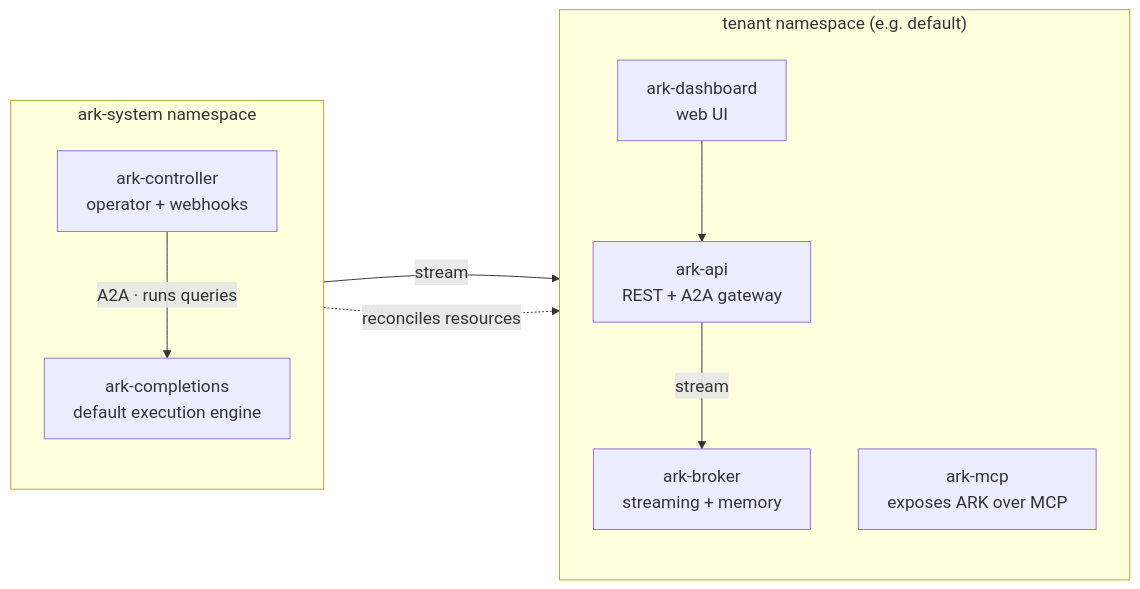
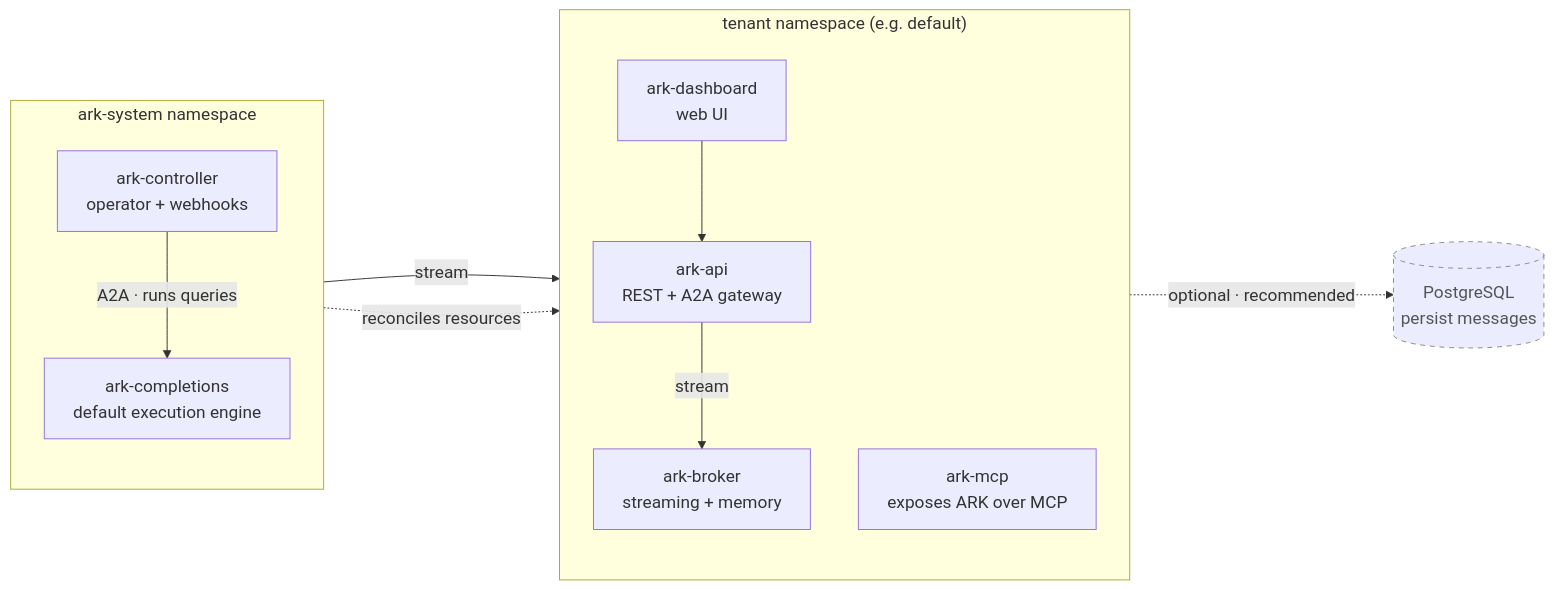
The diagram in docs/content/core-concepts/index.mdx (mckinsey/agents-at-scale-ark), drawn with Mermaid before and after one commit.

Commit message:
docs: show PostgreSQL as optional (recommended) ark-broker backend
Add a PostgreSQL node to the architecture diagram connected to ark-broker via
a dashed 'optional · recommended' edge — message persistence is recommended but
not mandatory.

````diff
--- a/docs/content/core-concepts/index.mdx
+++ b/docs/content/core-concepts/index.mdx
@@ -32,23 +32,29 @@
 ```mermaid
 %%{init: {'themeVariables': {'fontSize': '18px'}, 'flowchart': {'rankSpacing': 80, 'nodeSpacing': 50}}}%%
 flowchart LR
     subgraph arksystem["ark-system namespace"]
         direction TB
         controller["ark-controller<br/>operator + webhooks"]
         completions["ark-completions<br/>default execution engine"]
     end
 
     subgraph tenant["tenant namespace (e.g. default)"]
         direction TB
         api["ark-api<br/>REST + A2A gateway"]
         dashboard["ark-dashboard<br/>web UI"]
         mcp["ark-mcp<br/>exposes ARK over MCP"]
         broker["ark-broker<br/>streaming + memory"]
     end
 
+    postgres[("PostgreSQL<br/>persist messages")]
+
     controller -->|"A2A · runs queries"| completions
     controller -.->|"reconciles resources"| tenant
     dashboard --> api
     api -->|"stream"| broker
     completions -->|"stream"| broker
+    broker -.->|"optional · recommended"| postgres
+
+    classDef optional stroke-dasharray:5 5,stroke:#888,color:#555;
+    class postgres optional;
 ```
````
